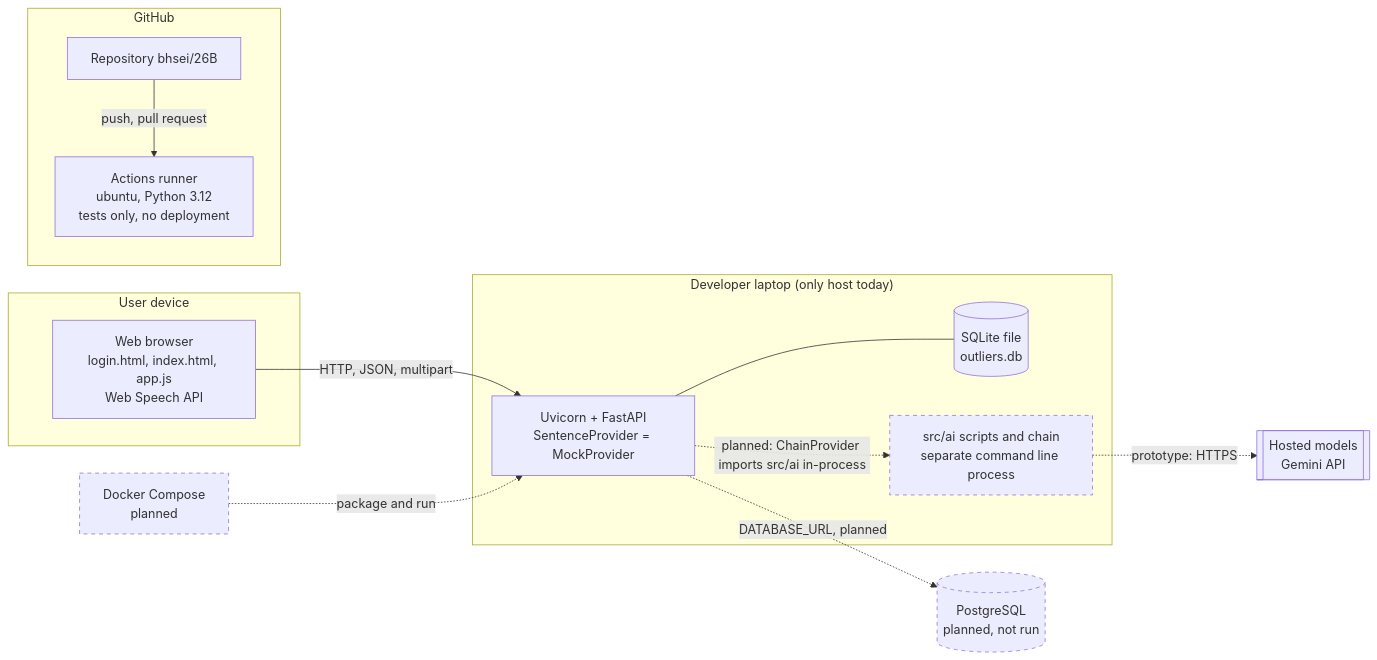
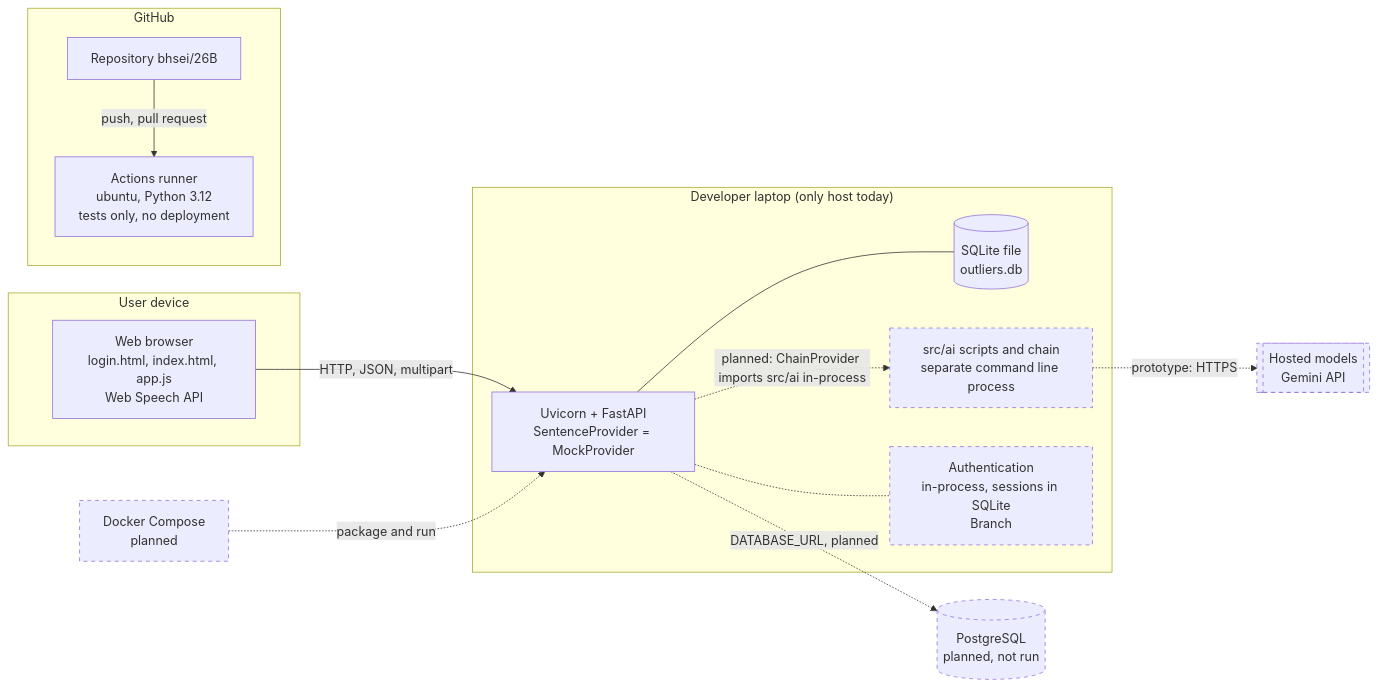
Diagram 20 of 27 in docs/design/SAD_v1.0.md (bhsei/26B), drawn with Mermaid before and after one commit. The commit also changed other lines of this file, not shown here.

Commit message:
W11 - SAD v1.0; evaluation pass: statuses and limits made consistent in 3.1 and 3.2, figure and table references corrected after renumbering, dashed rule applied in Figures 14, 20 and 21, INC-46 corrected and INC-47 merged into INC-09, remaining process notes removed

````diff
--- a/docs/design/SAD_v1.0.md
+++ b/docs/design/SAD_v1.0.md
@@ -1534,29 +1537,31 @@
 ```mermaid
 flowchart LR
     subgraph DEV["User device"]
         BR["Web browser<br/>login.html, index.html, app.js<br/>Web Speech API"]
     end
     subgraph HOST["Developer laptop (only host today)"]
         UV["Uvicorn + FastAPI<br/>SentenceProvider = MockProvider"]
         SQ[("SQLite file<br/>outliers.db")]
         SCR["src/ai scripts and chain<br/>separate command line process"]
+        AUTHN["Authentication<br/>in-process, sessions in SQLite<br/>Branch"]
         UV --- SQ
+        UV -.- AUTHN
     end
     GEM[["Hosted models<br/>Gemini API"]]
     PG[("PostgreSQL<br/>planned, not run")]
     DC["Docker Compose<br/>planned"]
     subgraph CI["GitHub"]
         REPO["Repository bhsei/26B"]
         GHA["Actions runner<br/>ubuntu, Python 3.12<br/>tests only, no deployment"]
         REPO -- "push, pull request" --> GHA
     end
 
     BR -- "HTTP, JSON, multipart" --> UV
     UV -. "planned: ChainProvider imports src/ai in-process" .-> SCR
     SCR -. "prototype: HTTPS" .-> GEM
     UV -. "DATABASE_URL, planned" .-> PG
     DC -. "package and run" .-> UV
 
     classDef planned stroke-dasharray: 5 5
-    class SCR,PG,DC planned
+    class SCR,PG,DC,GEM,AUTHN planned
 ```
````
